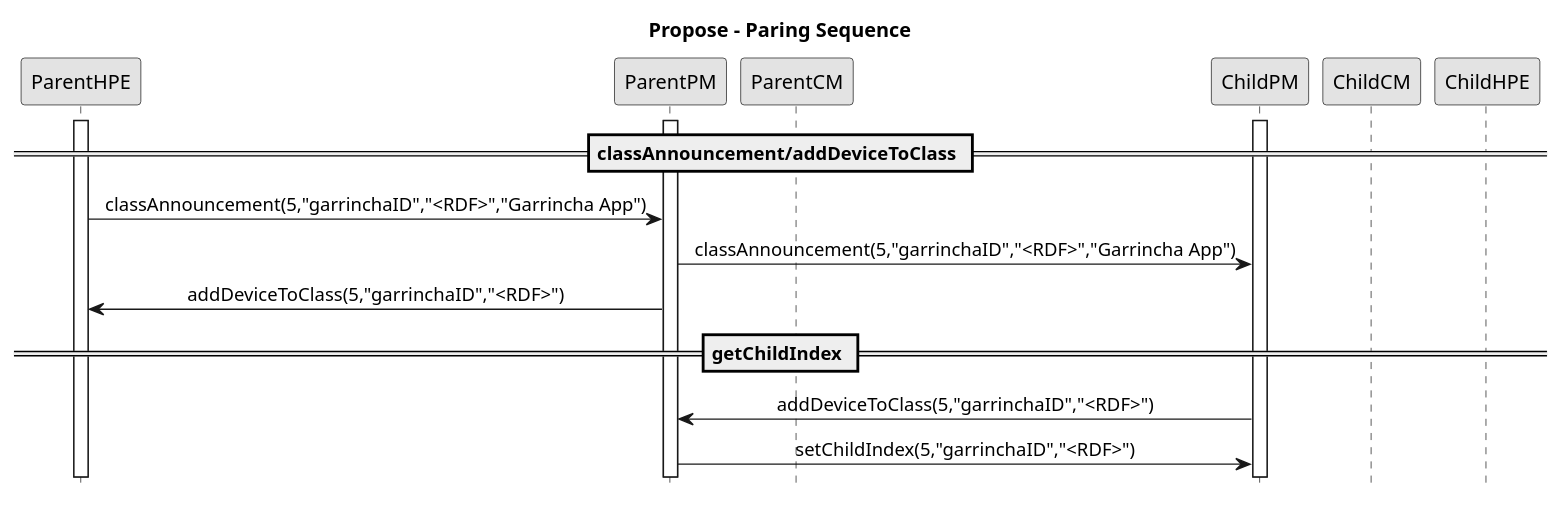
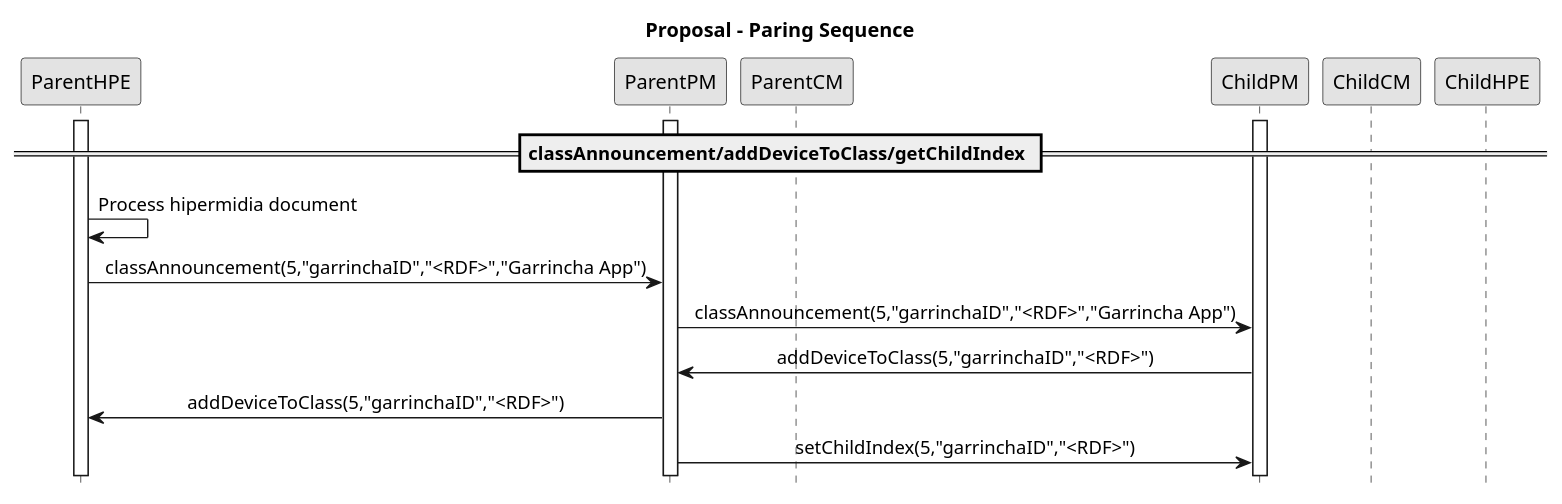
Before and after one commit to alanlivio/fsmda: the diagram in sequence1proposal.plantuml, drawn with PlantUML. The commit also changed 6 other files, not shown here.

Commit message:
docs: Refactory title names. Fixes. Rename ChildHPE and ParentHPE to Player in objects controls. Remove media ID to Player call.

```diff
--- a/sequence1proposal.plantuml
+++ b/sequence1proposal.plantuml
@@ -2,26 +2,26 @@
 @startuml
 hide footbox
 skinparam monochrome true
 skinparam sequenceMessageAlign center
 
 participant ParentHPE
 participant ParentPM
 participant ParentCM
 participant ChildPM
 participant ChildCM
 participant ChildHPE
-'''''''''''''''''Propose -  Paring and handling classes variables Sequence''''''''''''''''
-title Propose - Paring Sequence
+'''''''''''''''''Proposal -  Paring and handling classes variables Sequence''''''''''''''''
+title Proposal - Paring Sequence
 activate ParentHPE
 activate ParentPM
 activate ChildPM
-== classAnnouncement/addDeviceToClass ==
+== classAnnouncement/addDeviceToClass/getChildIndex ==
+ParentHPE->ParentHPE: Process hipermidia document
 ParentHPE->ParentPM: classAnnouncement(5,"garrinchaID","<RDF>","Garrincha App")
 ParentPM->ChildPM: classAnnouncement(5,"garrinchaID","<RDF>","Garrincha App")
+ChildPM->ParentPM: addDeviceToClass(5,"garrinchaID","<RDF>")
 ParentPM->ParentHPE: addDeviceToClass(5,"garrinchaID","<RDF>")
-== getChildIndex ==
-ChildPM->ParentPM: addDeviceToClass(5,"garrinchaID","<RDF>")
 ParentPM->ChildPM: setChildIndex(5,"garrinchaID","<RDF>")
 
 '''''''''''''''''Ending PLANTUML params''''''''''''''''
 @enduml
```
